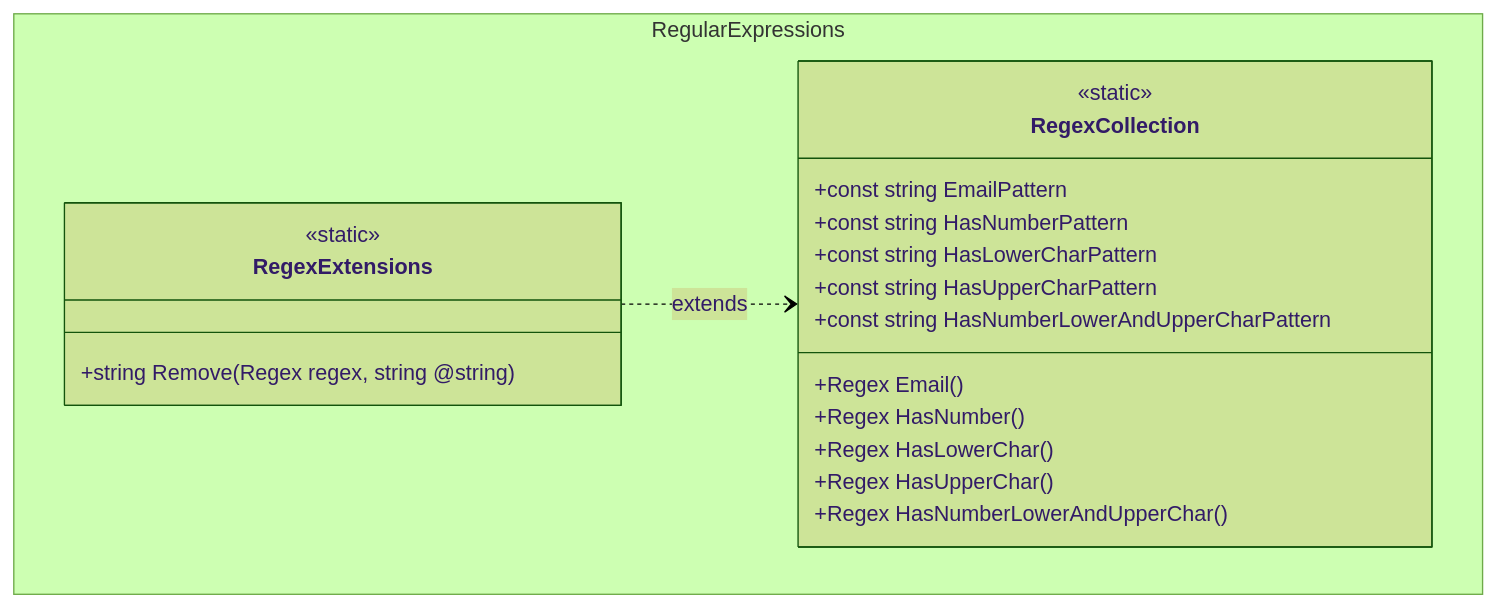
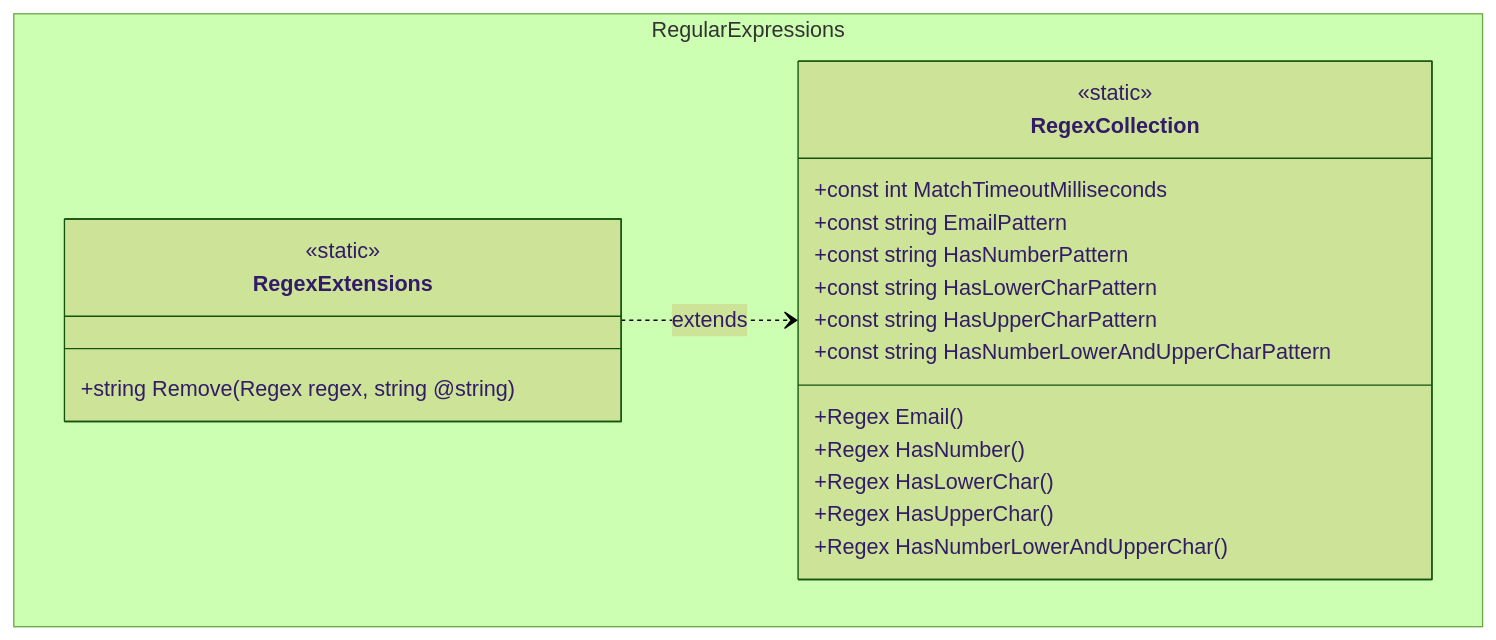
The diagram in docs/content/en/docs/regular-expressions.md (artur-rios/dotnet-util), drawn with Mermaid (forest theme) before and after one commit. The commit also changed other lines of this file and 4 other files, not shown here.

````diff
--- a/docs/content/en/docs/regular-expressions.md
+++ b/docs/content/en/docs/regular-expressions.md
@@ -15,23 +19,24 @@
 ```mermaid
 classDiagram
     namespace RegularExpressions {
         class RegexCollection {
             <<static>>
+            +const int MatchTimeoutMilliseconds
             +const string EmailPattern
             +const string HasNumberPattern
             +const string HasLowerCharPattern
             +const string HasUpperCharPattern
             +const string HasNumberLowerAndUpperCharPattern
             +Regex Email()
             +Regex HasNumber()
             +Regex HasLowerChar()
             +Regex HasUpperChar()
             +Regex HasNumberLowerAndUpperChar()
         }
         class RegexExtensions {
             <<static>>
             +string Remove(Regex regex, string @string)
         }
     }
     RegexExtensions ..> RegexCollection : extends
 ```
````
